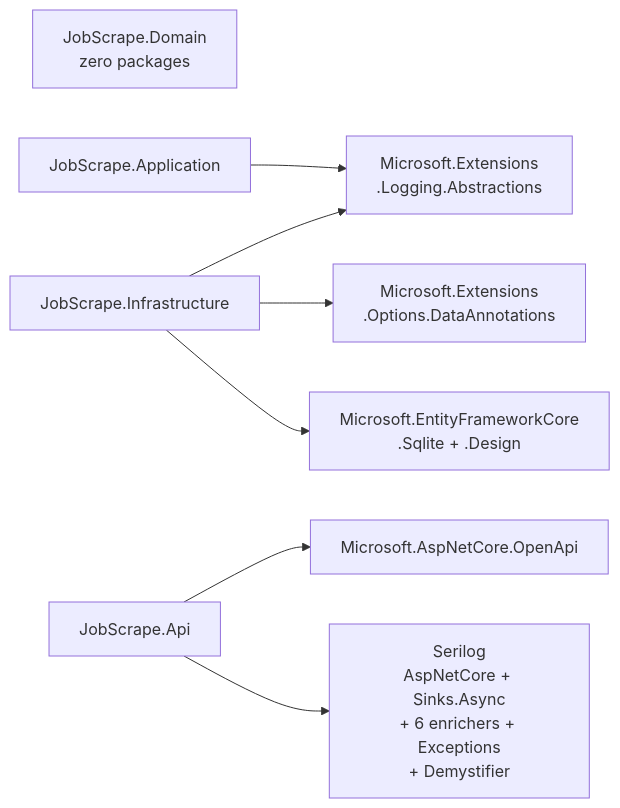
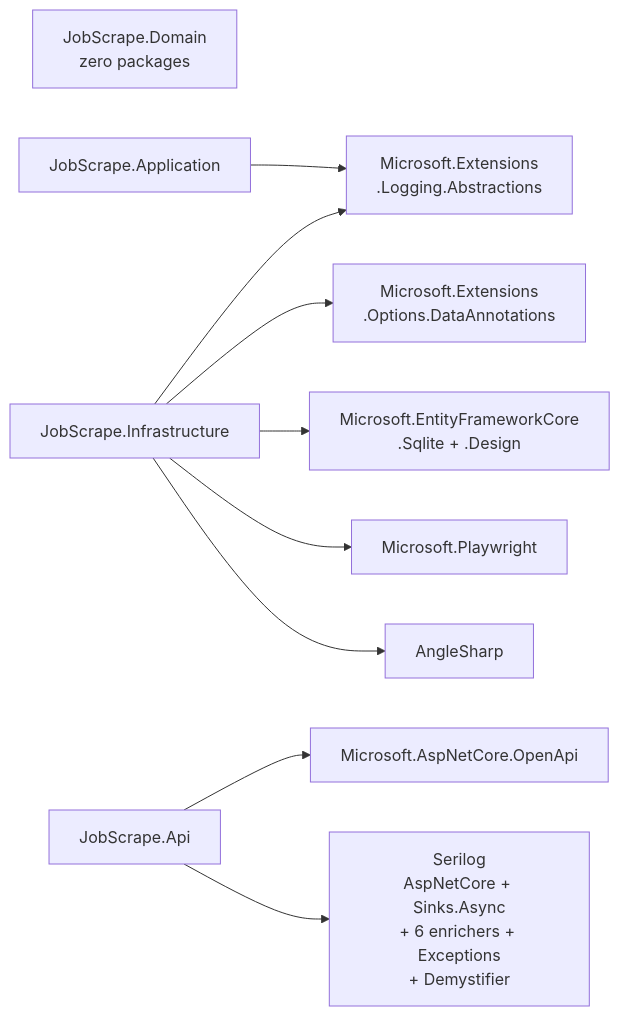
Before and after one commit to AslamNazeerShaikh/PlaywrightDotNet: the first of 2 diagrams in docs/04-solution-and-tooling.md, drawn with Mermaid. The commit also changed other lines of this file and 82 other files, not shown here.

````diff
--- a/docs/04-solution-and-tooling.md
+++ b/docs/04-solution-and-tooling.md
@@ -168,20 +170,24 @@
 ```mermaid
 flowchart LR
     DOM["JobScrape.Domain<br/>zero packages"]
     APP["JobScrape.Application"]
     INF["JobScrape.Infrastructure"]
     API["JobScrape.Api"]
 
     LOG["Microsoft.Extensions<br/>.Logging.Abstractions"]
     OPT["Microsoft.Extensions<br/>.Options.DataAnnotations"]
     EF["Microsoft.EntityFrameworkCore<br/>.Sqlite + .Design"]
+    PW["Microsoft.Playwright"]
+    AS["AngleSharp"]
     OA["Microsoft.AspNetCore.OpenApi"]
     SER["Serilog<br/>AspNetCore + Sinks.Async<br/>+ 6 enrichers + Exceptions<br/>+ Demystifier"]
 
     APP --> LOG
     INF --> LOG
     INF --> OPT
     INF --> EF
+    INF --> PW
+    INF --> AS
     API --> OA
     API --> SER
 ```
````
